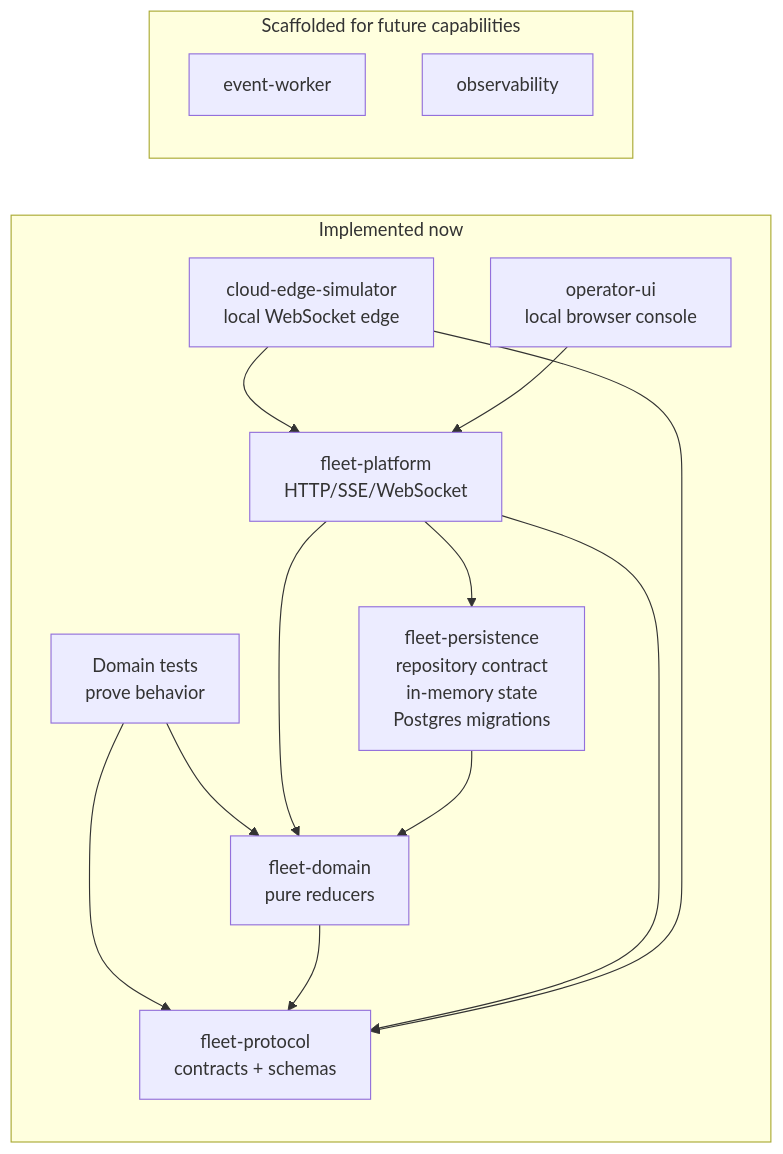
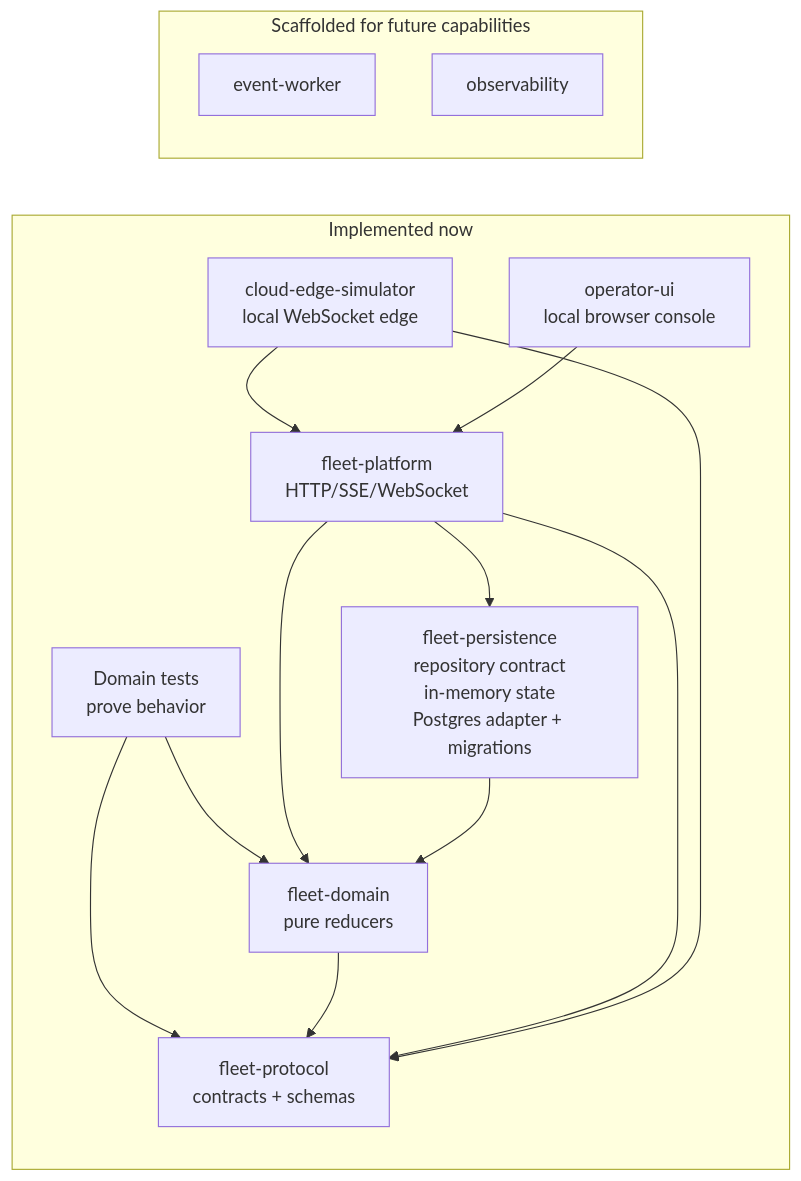
One commit to reinhard-z/RoboOps-Control-Plane changed the first of 4 diagrams in docs/architecture/current-architecture.md. Above: the diagram before and after it, drawn with Mermaid. The commit also changed other lines of this file and 11 other files, not shown here.

Commit message:
Add Postgres domain state repository adapter

````diff
--- a/docs/architecture/current-architecture.md
+++ b/docs/architecture/current-architecture.md
@@ -37,27 +37,27 @@
 ```mermaid
 flowchart LR
   subgraph Implemented["Implemented now"]
     Tests["Domain tests<br/>prove behavior"]
     Domain["fleet-domain<br/>pure reducers"]
     Protocol["fleet-protocol<br/>contracts + schemas"]
     Api["fleet-platform<br/>HTTP/SSE/WebSocket"]
-    Persistence["fleet-persistence<br/>repository contract<br/>in-memory state<br/>Postgres migrations"]
+    Persistence["fleet-persistence<br/>repository contract<br/>in-memory state<br/>Postgres adapter + migrations"]
     Simulator["cloud-edge-simulator<br/>local WebSocket edge"]
     UI["operator-ui<br/>local browser console"]
     Tests --> Domain
     Tests --> Protocol
     Domain --> Protocol
     Api --> Persistence
     Api --> Domain
     Persistence --> Domain
     Api --> Protocol
     Simulator --> Protocol
     Simulator --> Api
     UI --> Api
   end
 
   subgraph Placeholders["Scaffolded for future capabilities"]
     Worker["event-worker"]
     Observability["observability"]
   end
 ```
````
